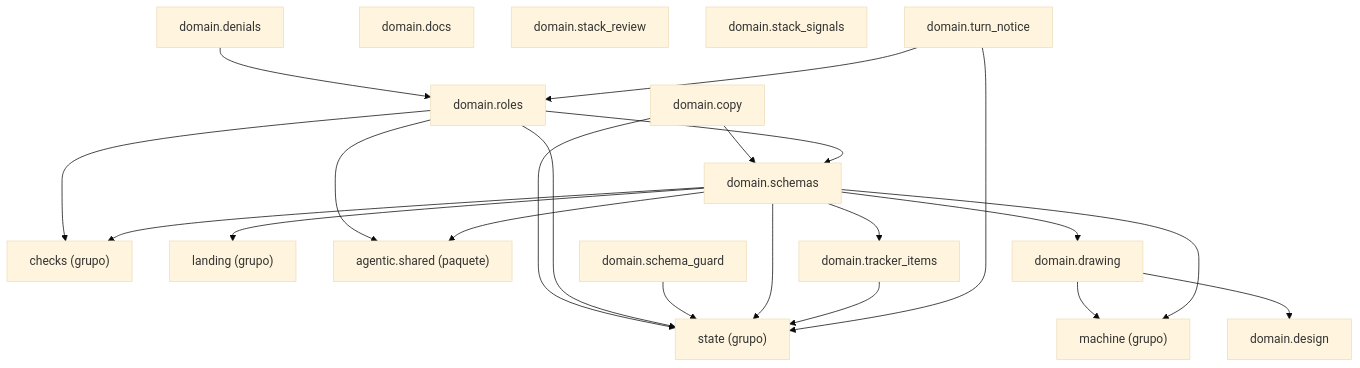
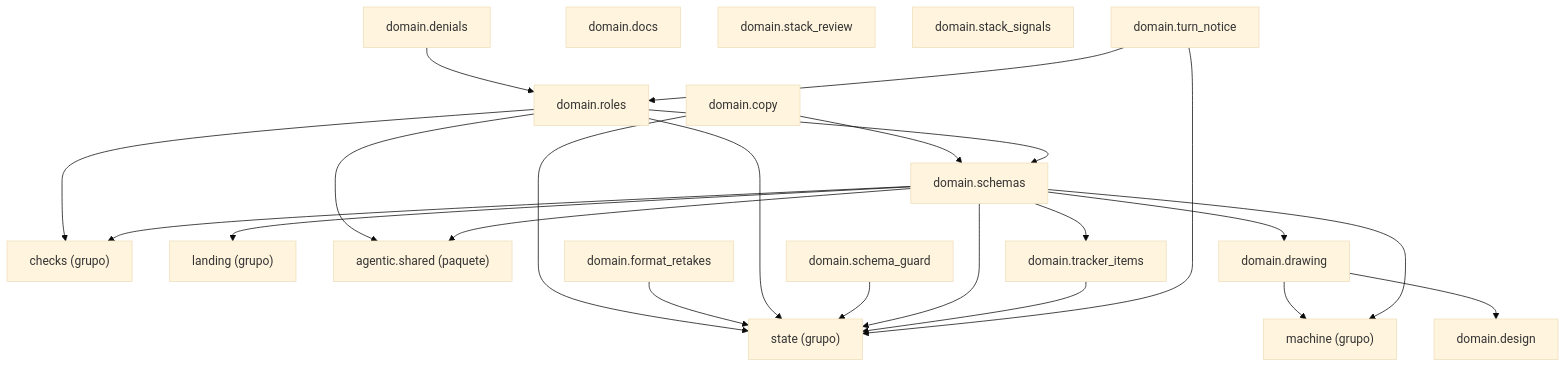
One commit to GonzaloZevallos/agentic-system changed the diagram in docs/architecture/generated/packages-process-domain-roles.md. Above: the diagram before and after it, drawn with Mermaid (base theme). The commit also changed other lines of this file and 10 other files, not shown here.

First line of the commit message:
Move format_retakes to the roles docs cluster so the pages stay within the cap

````diff
--- a/docs/architecture/generated/packages-process-domain-roles.md
+++ b/docs/architecture/generated/packages-process-domain-roles.md
@@ -13,40 +12,42 @@
 ```mermaid
 graph TD
     g_domain__checks["checks (grupo)"]
     g_domain__landing["landing (grupo)"]
     g_domain__machine["machine (grupo)"]
     g_domain__state["state (grupo)"]
     g_pkg__agentic__shared["agentic.shared (paquete)"]
     m_domain__copy["domain.copy"]
     m_domain__denials["domain.denials"]
     m_domain__design["domain.design"]
     m_domain__docs["domain.docs"]
     m_domain__drawing["domain.drawing"]
+    m_domain__format_retakes["domain.format_retakes"]
     m_domain__roles["domain.roles"]
     m_domain__schema_guard["domain.schema_guard"]
     m_domain__schemas["domain.schemas"]
     m_domain__stack_review["domain.stack_review"]
     m_domain__stack_signals["domain.stack_signals"]
     m_domain__tracker_items["domain.tracker_items"]
     m_domain__turn_notice["domain.turn_notice"]
     m_domain__copy --> g_domain__state
     m_domain__copy --> m_domain__schemas
     m_domain__denials --> m_domain__roles
     m_domain__drawing --> g_domain__machine
     m_domain__drawing --> m_domain__design
+    m_domain__format_retakes --> g_domain__state
     m_domain__roles --> g_domain__checks
     m_domain__roles --> g_domain__state
     m_domain__roles --> g_pkg__agentic__shared
     m_domain__roles --> m_domain__schemas
     m_domain__schema_guard --> g_domain__state
     m_domain__schemas --> g_domain__checks
     m_domain__schemas --> g_domain__landing
     m_domain__schemas --> g_domain__machine
     m_domain__schemas --> g_domain__state
     m_domain__schemas --> g_pkg__agentic__shared
     m_domain__schemas --> m_domain__drawing
     m_domain__schemas --> m_domain__tracker_items
     m_domain__tracker_items --> g_domain__state
     m_domain__turn_notice --> g_domain__state
     m_domain__turn_notice --> m_domain__roles
 ```
````
